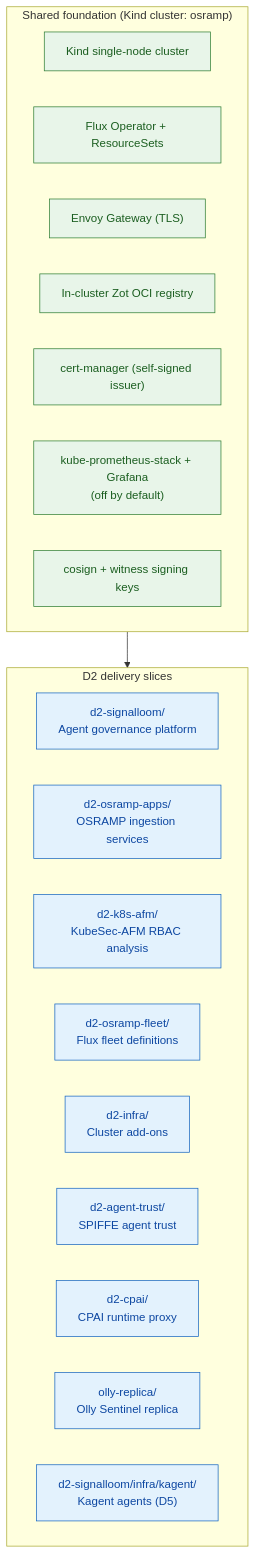
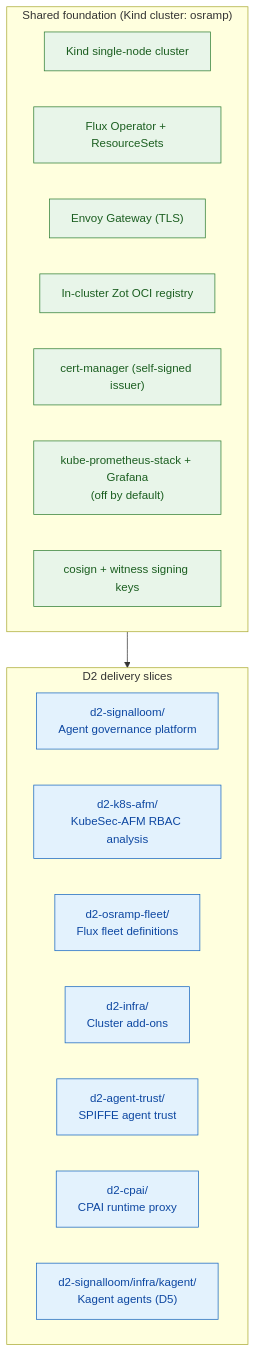
Before and after one commit to sublimino/architecture-as-code: the first of 2 diagrams in AGENTS.md, drawn with Mermaid. The commit also changed other lines of this file and 248 other files, not shown here.

````diff
--- a/AGENTS.md
+++ b/AGENTS.md
@@ -21,31 +21,29 @@
 ```mermaid
 flowchart TB
   subgraph FOUNDATION["Shared foundation (Kind cluster: osramp)"]
     KIND["Kind single-node cluster"]
     FLUX["Flux Operator + ResourceSets"]
     INGRESS["Envoy Gateway (TLS)"]
     ZOT["In-cluster Zot OCI registry"]
     CERT["cert-manager (self-signed issuer)"]
     MON["kube-prometheus-stack + Grafana<br/>(off by default)"]
     SIGN["cosign + witness signing keys"]
   end
 
   subgraph SLICES["D2 delivery slices"]
     SL["d2-signalloom/<br/>Agent governance platform"]
-    OA["d2-osramp-apps/<br/>OSRAMP ingestion services"]
     AFM["d2-k8s-afm/<br/>KubeSec-AFM RBAC analysis"]
     FLT["d2-osramp-fleet/<br/>Flux fleet definitions"]
     INF["d2-infra/<br/>Cluster add-ons"]
     AGT["d2-agent-trust/<br/>SPIFFE agent trust"]
     CPAI["d2-cpai/<br/>CPAI runtime proxy"]
-    OLLY["olly-replica/<br/>Olly Sentinel replica"]
     KAG["d2-signalloom/infra/kagent/<br/>Kagent agents (D5)"]
   end
 
   FOUNDATION --> SLICES
 
   classDef found fill:#e8f5e9,stroke:#2e7d32,color:#1b5e20;
   classDef slice fill:#e3f2fd,stroke:#1565c0,color:#0d47a1;
   class KIND,FLUX,INGRESS,ZOT,CERT,MON,SIGN found;
-  class SL,OA,AFM,FLT,INF,AGT,CPAI,OLLY,KAG slice;
+  class SL,AFM,FLT,INF,AGT,CPAI,KAG slice;
 ```
````
